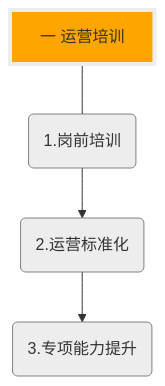
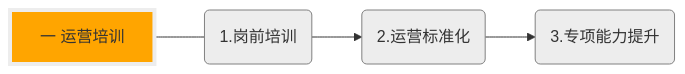
Before and after one commit to Xiyue-team/doc_op: the first of 2 diagrams in index.md, drawn with Mermaid. The commit also changed other lines of this file, not shown here.

````diff
--- a/index.md
+++ b/index.md
@@ -6,11 +6,11 @@
 ```mermaid
-graph TD
+graph LR
     A["一 运营培训"]
     A---B(1.岗前培训);
     B-->C(2.运营标准化);
     C-->D(3.专项能力提升);
     style A fill:orange,stroke:#EDEDED,stroke-width:4px
     style B fill:#EDEDED,stroke:gray,stroke-width:1px
     style C fill:#EDEDED,stroke:gray,stroke-width:1px
     style D fill:#EDEDED,stroke:gray,stroke-width:1px
 ```
````
